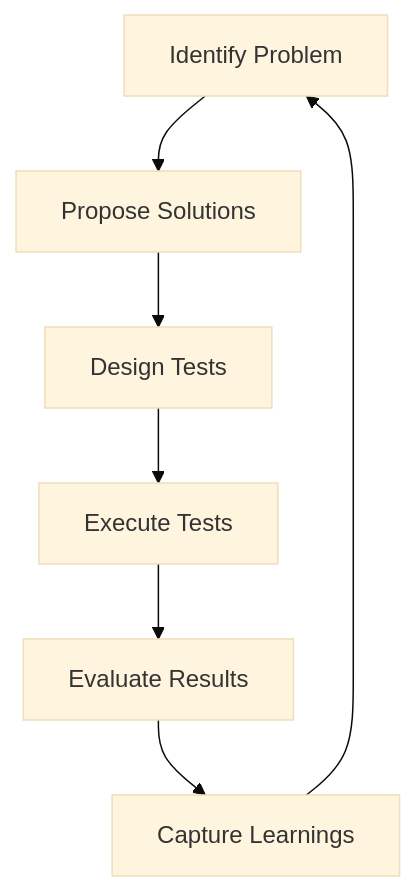
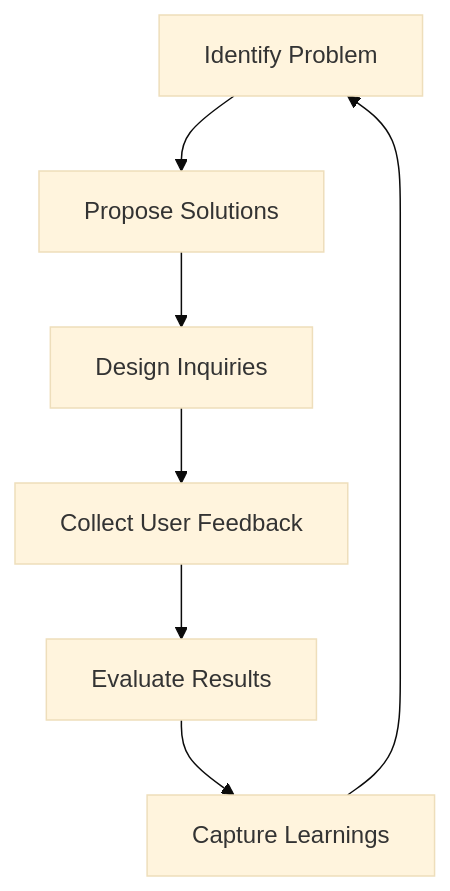
Before and after one commit to PacktPublishing/Engineering-Cognitive-AI-Agents: the second of 2 diagrams in docs/book/ch05_notes.md, drawn with Mermaid (base theme). The commit also changed other lines of this file and 8 other files, not shown here.

````diff
--- a/docs/book/ch05_notes.md
+++ b/docs/book/ch05_notes.md
@@ -384,9 +399,9 @@
    ```mermaid
    graph TD
        A[Identify Problem] --> B[Propose Solutions]
-       B --> C[Design Tests]
-       C --> D[Execute Tests]
+       B --> C[Design Inquiries]
+       C --> D[Collect User Feedback]
        D --> E[Evaluate Results]
        E --> F[Capture Learnings]
        F --> A
    ```
````
